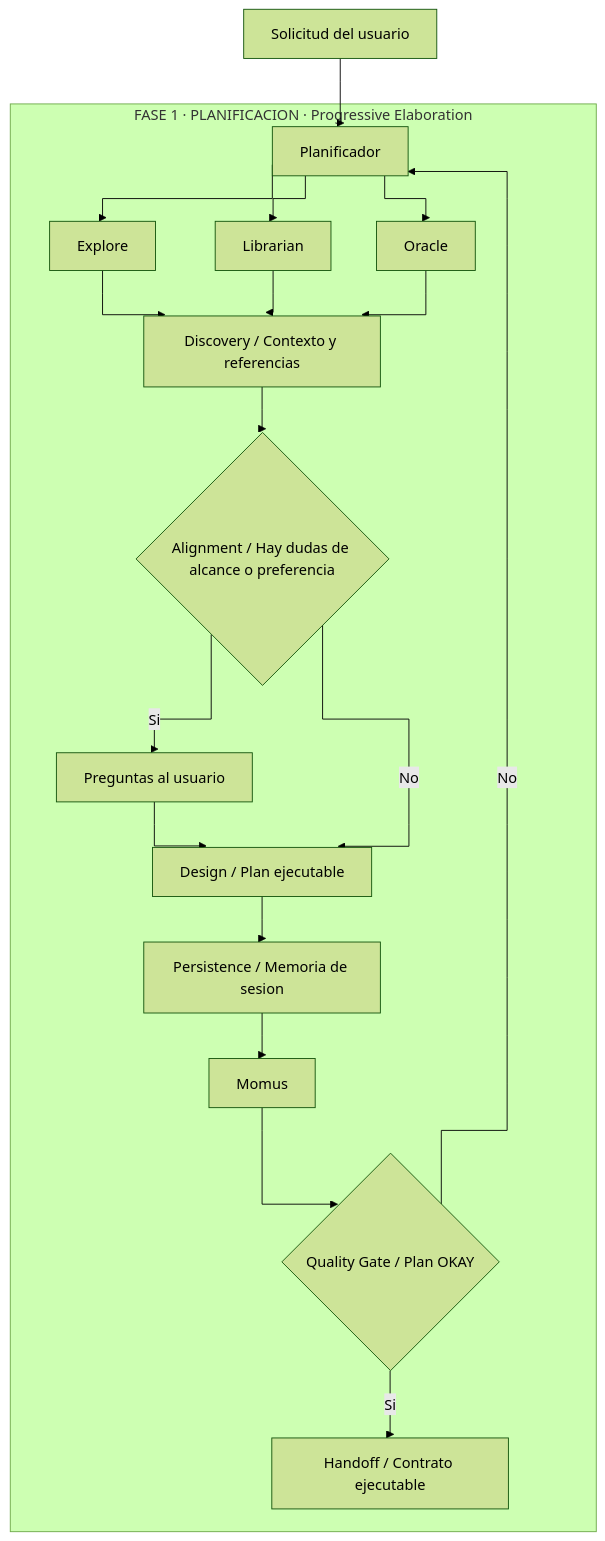
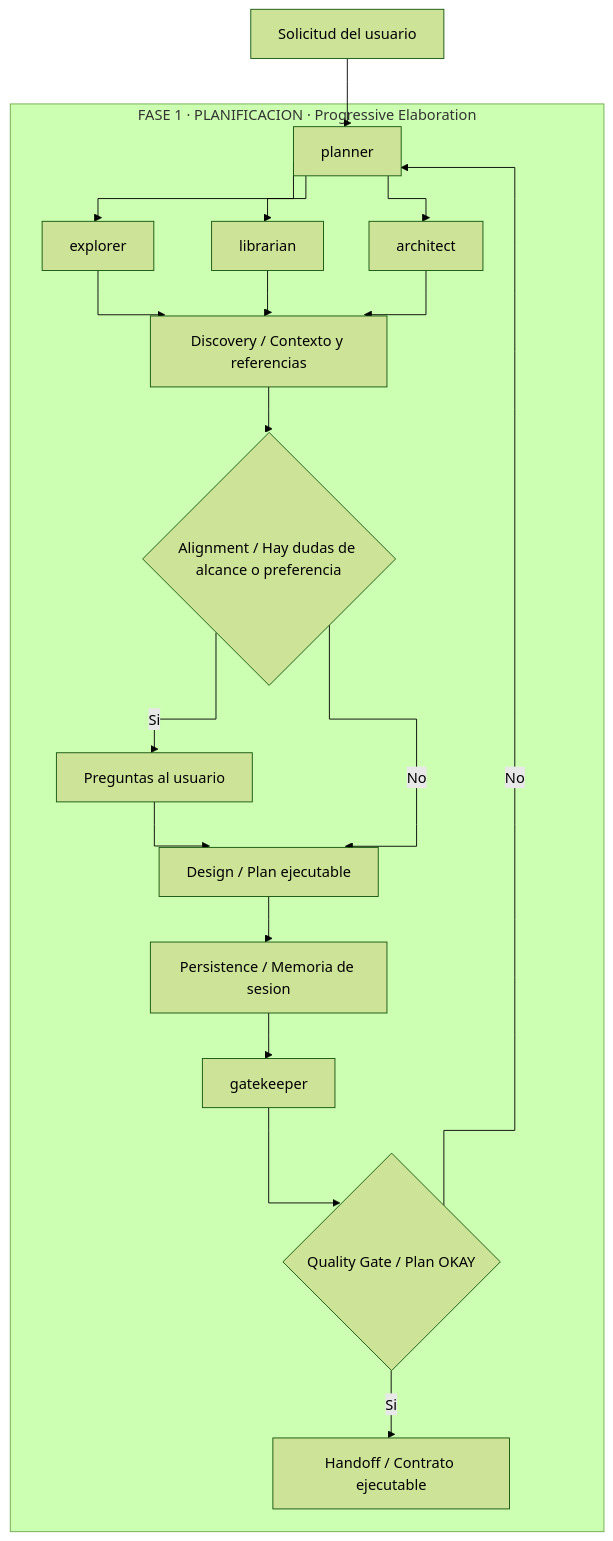
One commit to jmgomezdev/ghcopilot-hub changed the first of 2 diagrams in docs/es/agent-system.md. Above: the diagram before and after it, drawn with Mermaid. The commit also changed other lines of this file and 13 other files, not shown here.

Commit message:
chore: :memo: Added new agents for architecture, planning, and documentation, and updated existing agents for consistency and clarity.

````diff
--- a/docs/es/agent-system.md
+++ b/docs/es/agent-system.md
@@ -57,27 +57,27 @@
 ```mermaid
 %%{init: {'theme': 'forest', 'look': 'classic', 'flowchart': {'curve': 'stepBefore'}} }%%
 flowchart TD
-    user[Solicitud del usuario] --> planificador[Planificador]
+    user[Solicitud del usuario] --> planner[planner]
 
     subgraph fase_plan[FASE 1 · PLANIFICACION · Progressive Elaboration]
-        planificador --> explore[Explore]
-        planificador --> librarian[Librarian]
-        planificador --> oracle[Oracle]
+        planner --> explorer[explorer]
+        planner --> librarian[librarian]
+        planner --> architect[architect]
 
-        explore --> findings[Discovery / Contexto y referencias]
+        explorer --> findings[Discovery / Contexto y referencias]
         librarian --> findings
-        oracle --> findings
+        architect --> findings
 
         findings --> questions{Alignment / Hay dudas de alcance o preferencia}
         questions -- Si --> user_feedback[Preguntas al usuario]
         user_feedback --> draft[Design / Plan ejecutable]
         questions -- No --> draft[Design / Plan ejecutable]
 
         draft --> session_memory[Persistence / Memoria de sesion]
-        session_memory --> momus[Momus]
-        momus --> approved{Quality Gate / Plan OKAY}
+        session_memory --> gatekeeper[gatekeeper]
+        gatekeeper --> approved{Quality Gate / Plan OKAY}
 
-        approved -- No --> planificador
+        approved -- No --> planner
         approved -- Si --> approved_plan[Handoff / Contrato ejecutable]
     end
 ```
````
